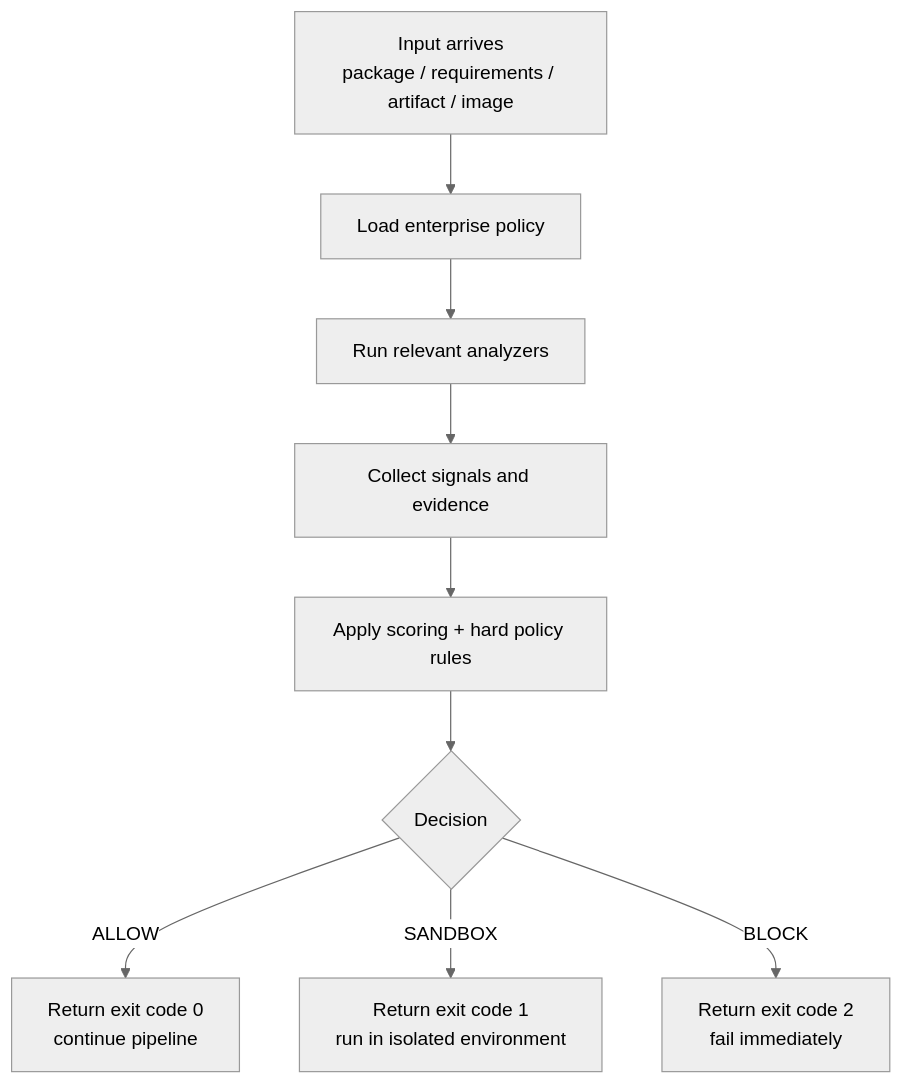
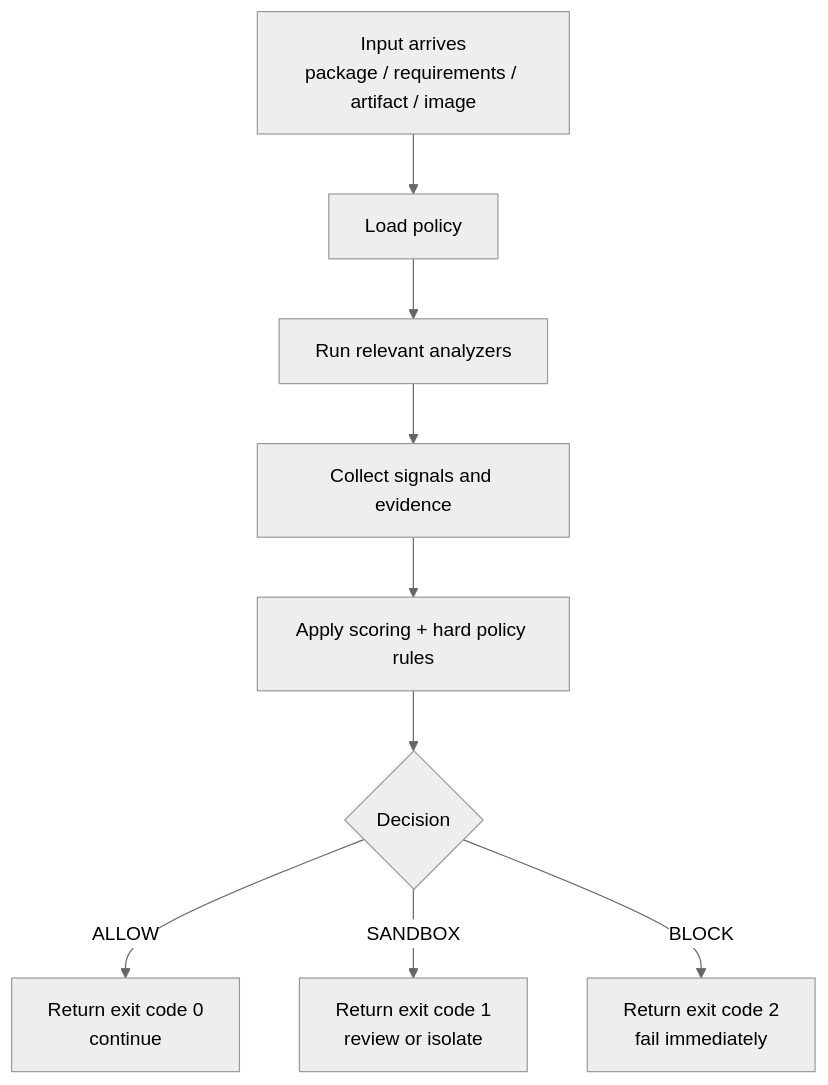
The second of 2 diagrams in README.md (ashokkumar27/Trustgate), drawn with Mermaid (neutral theme) before and after one commit. The commit also changed other lines of this file, not shown here.

````diff
--- a/README.md
+++ b/README.md
@@ -278,12 +318,12 @@
 ```mermaid
 flowchart TD
-    A[Input arrives<br/>package / requirements / artifact / image] --> B[Load enterprise policy]
+    A[Input arrives<br/>package / requirements / artifact / image] --> B[Load policy]
     B --> C[Run relevant analyzers]
     C --> D[Collect signals and evidence]
     D --> E[Apply scoring + hard policy rules]
     E --> F{Decision}
 
-    F -->|ALLOW| G[Return exit code 0<br/>continue pipeline]
-    F -->|SANDBOX| H[Return exit code 1<br/>run in isolated environment]
+    F -->|ALLOW| G[Return exit code 0<br/>continue]
+    F -->|SANDBOX| H[Return exit code 1<br/>review or isolate]
     F -->|BLOCK| I[Return exit code 2<br/>fail immediately]
 ```
````
